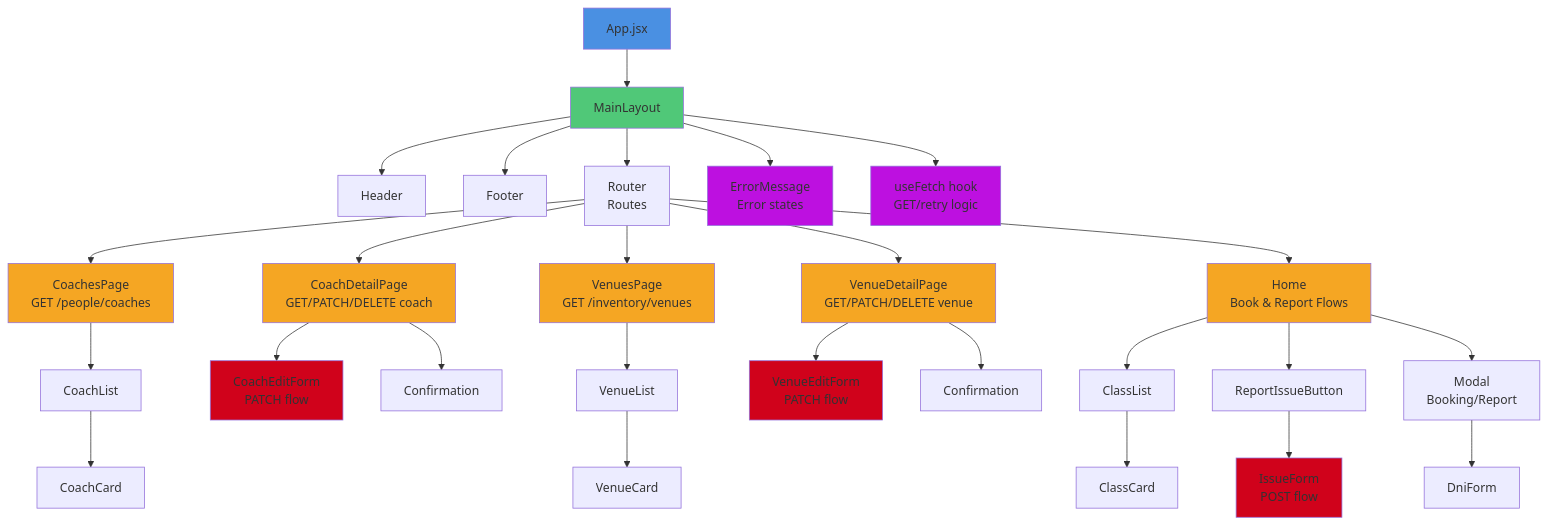
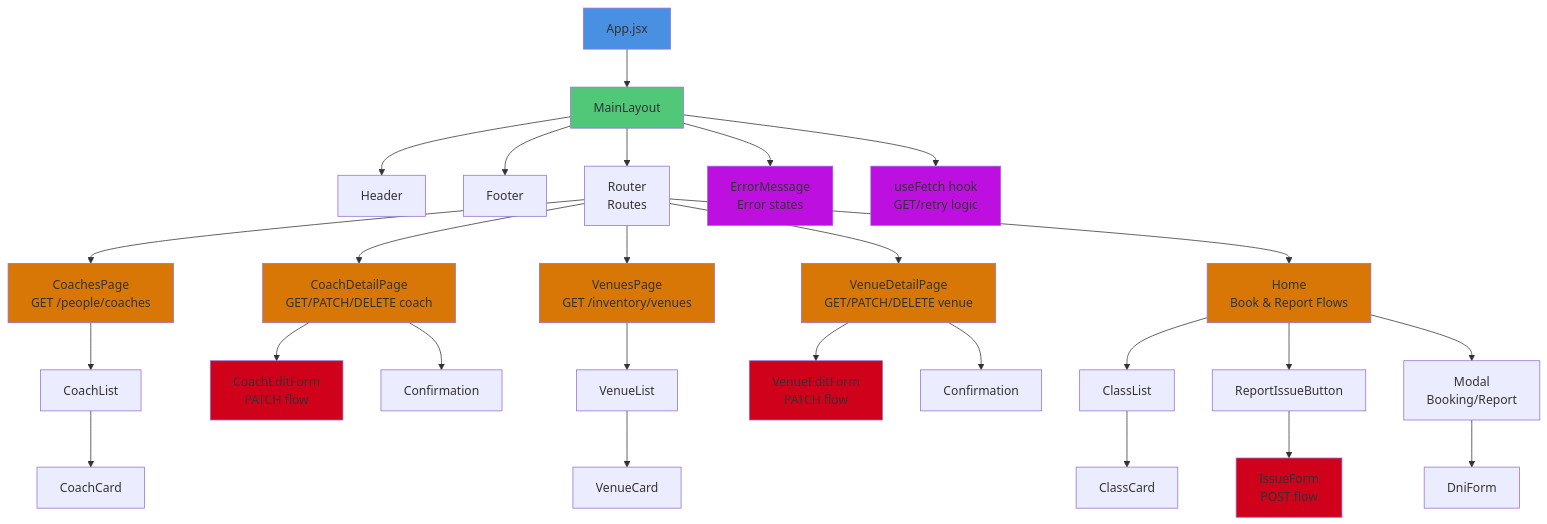
One commit to Castor909/react-application changed the diagram in chm.md. Above: the diagram before and after it, drawn with Mermaid. The commit also changed 5 other files, not shown here.

````diff
--- a/chm.md
+++ b/chm.md
@@ -5,50 +5,50 @@
 ```mermaid
 graph TD
     A["App.jsx"] --> B["MainLayout"]
     
     B --> C["Header"]
     B --> D["Footer"]
     B --> E["Router<br/>Routes"]
     
     E --> E1["CoachesPage<br/>GET /people/coaches"]
     E --> E2["CoachDetailPage<br/>GET/PATCH/DELETE coach"]
     E --> E3["VenuesPage<br/>GET /inventory/venues"]
     E --> E4["VenueDetailPage<br/>GET/PATCH/DELETE venue"]
     E --> E5["Home<br/>Book & Report Flows"]
     
     E1 --> F["CoachList"]
     F --> G["CoachCard"]
     
     E2 --> H["CoachEditForm<br/>PATCH flow"]
     E2 --> I["Confirmation"]
     
     E3 --> J["VenueList"]
     J --> K["VenueCard"]
     
     E4 --> L["VenueEditForm<br/>PATCH flow"]
     E4 --> M["Confirmation"]
     
     E5 --> N["ClassList"]
     N --> O["ClassCard"]
     E5 --> P["ReportIssueButton"]
     P --> Q["IssueForm<br/>POST flow"]
     
     E5 --> R["Modal<br/>Booking/Report"]
     R --> S["DniForm"]
     
     B --> T["ErrorMessage<br/>Error states"]
     B --> U["useFetch hook<br/>GET/retry logic"]
     
     style A fill:#4a90e2
     style B fill:#50c878
-    style E1 fill:#f5a623
-    style E2 fill:#f5a623
-    style E3 fill:#f5a623
-    style E4 fill:#f5a623
-    style E5 fill:#f5a623
+    style E1 fill:#d97706
+    style E2 fill:#d97706
+    style E3 fill:#d97706
+    style E4 fill:#d97706
+    style E5 fill:#d97706
     style H fill:#d0021b
     style L fill:#d0021b
     style Q fill:#d0021b
     style T fill:#bd10e0
     style U fill:#bd10e0
 ```
````
